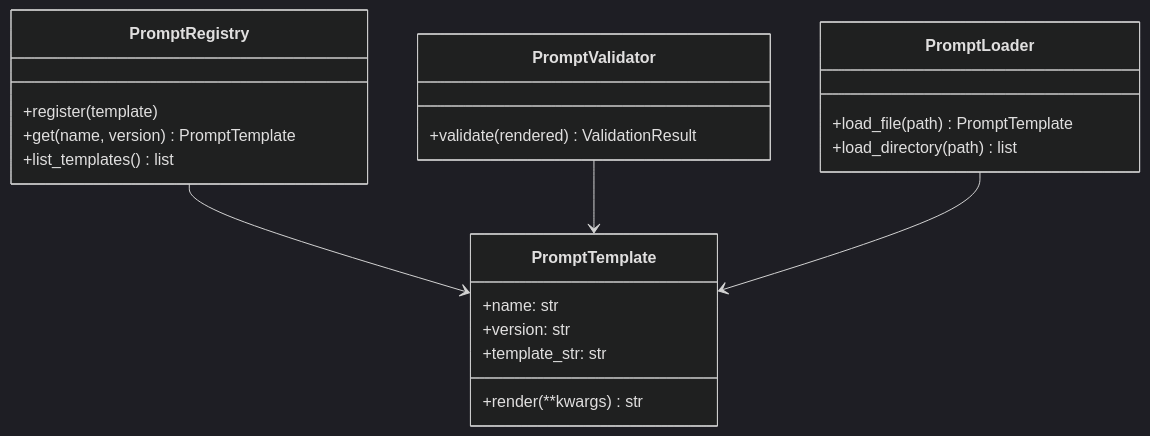
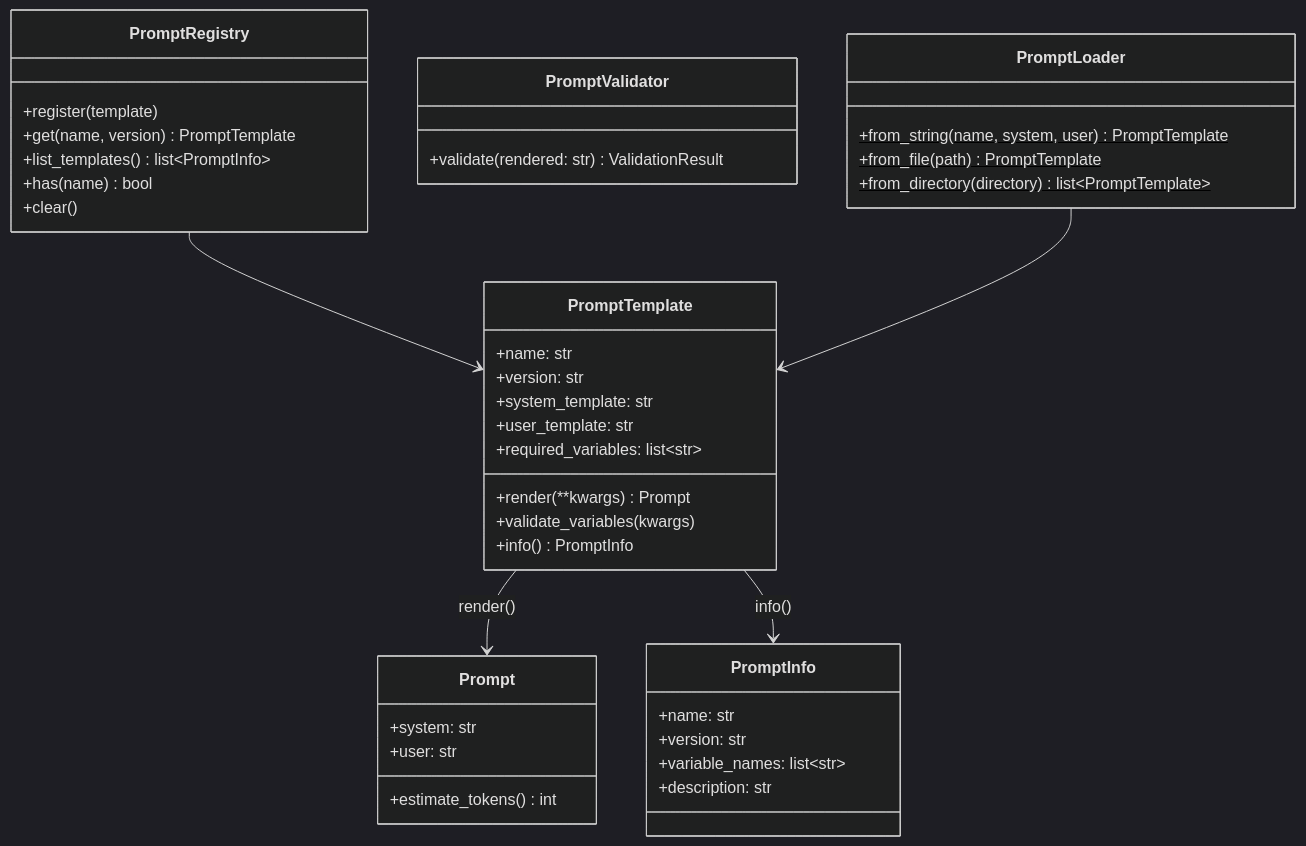
Before and after one commit to fireflyframework/fireflyframework-agentic: the first of 2 diagrams in docs/prompts.md, drawn with Mermaid (dark theme). The commit also changed other lines of this file and 20 other files, not shown here.

````diff
--- a/docs/prompts.md
+++ b/docs/prompts.md
@@ -16,28 +23,49 @@
 ```mermaid
 classDiagram
     class PromptTemplate {
         +name: str
         +version: str
-        +template_str: str
-        +render(**kwargs) str
+        +system_template: str
+        +user_template: str
+        +required_variables: list~str~
+        +render(**kwargs) Prompt
+        +validate_variables(kwargs)
+        +info() PromptInfo
+    }
+
+    class Prompt {
+        +system: str
+        +user: str
+        +estimate_tokens() int
+    }
+
+    class PromptInfo {
+        +name: str
+        +version: str
+        +variable_names: list~str~
+        +description: str
     }
 
     class PromptRegistry {
         +register(template)
         +get(name, version) PromptTemplate
-        +list_templates() list
+        +list_templates() list~PromptInfo~
+        +has(name) bool
+        +clear()
     }
 
     class PromptValidator {
-        +validate(rendered) ValidationResult
+        +validate(rendered: str) ValidationResult
     }
 
     class PromptLoader {
-        +load_file(path) PromptTemplate
-        +load_directory(path) list
+        +from_string(name, system, user)$ PromptTemplate
+        +from_file(path)$ PromptTemplate
+        +from_directory(directory)$ list~PromptTemplate~
     }
 
+    PromptTemplate --> Prompt : render()
+    PromptTemplate --> PromptInfo : info()
     PromptRegistry --> PromptTemplate
-    PromptValidator --> PromptTemplate
     PromptLoader --> PromptTemplate
 ```
````
